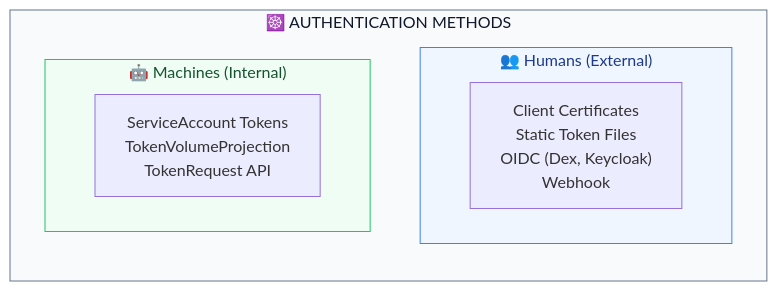
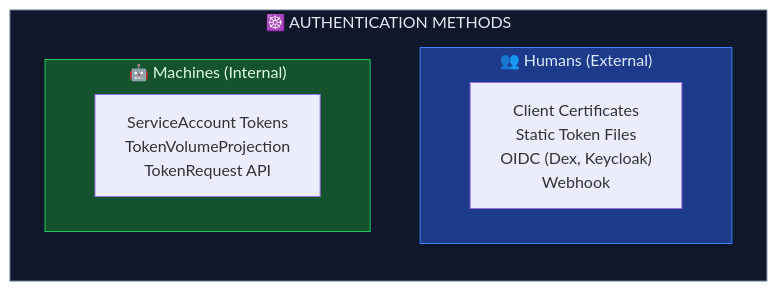
The second of 2 diagrams in content/common/security/authentication/authentication.md (Gautam4424/k8slearn-content), drawn with Mermaid before and after one commit. The commit also changed other lines of this file and 5 other files, not shown here.

First line of the commit message:
fix: update mermaid diagram colors and layouts for dark theme

````diff
--- a/content/common/security/authentication/authentication.md
+++ b/content/common/security/authentication/authentication.md
@@ -49,16 +49,16 @@
 ```mermaid
 flowchart TD
     subgraph METHODS["☸️ AUTHENTICATION METHODS"]
         direction TB
         subgraph HUMANS["👥 Humans (External)"]
             HC["Client Certificates\nStatic Token Files\nOIDC (Dex, Keycloak)\nWebhook"]
         end
         subgraph MACHINES["🤖 Machines (Internal)"]
             MC["ServiceAccount Tokens\nTokenVolumeProjection\nTokenRequest API"]
         end
     end
 
-    style HUMANS fill:#eff6ff,stroke:#3b82f6,color:#1e3a8a
-    style MACHINES fill:#f0fdf4,stroke:#22c55e,color:#14532d
-    style METHODS fill:#f8fafc,stroke:#64748b,color:#0f172a
+    style HUMANS fill:#1e3a8a,stroke:#3b82f6,color:#dbeafe
+    style MACHINES fill:#14532d,stroke:#22c55e,color:#dcfce7
+    style METHODS fill:#0f172a,stroke:#64748b,color:#e2e8f0
 ```
````
